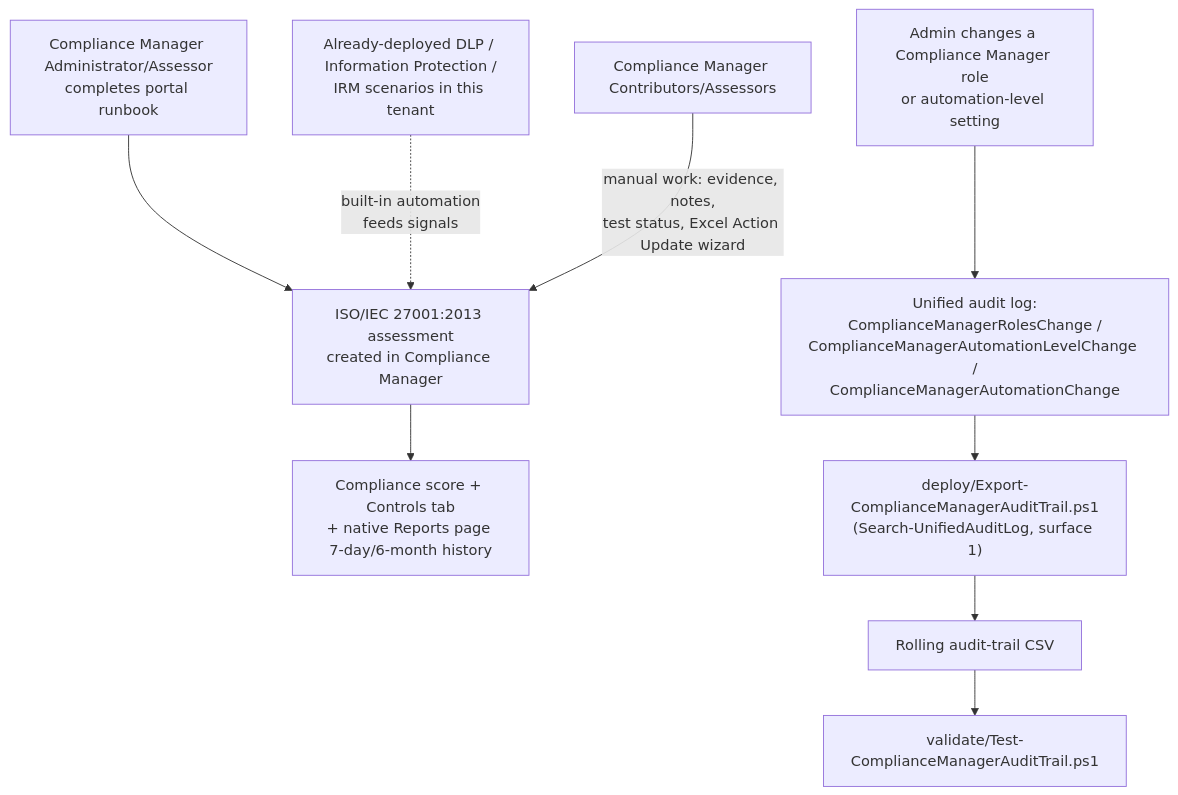
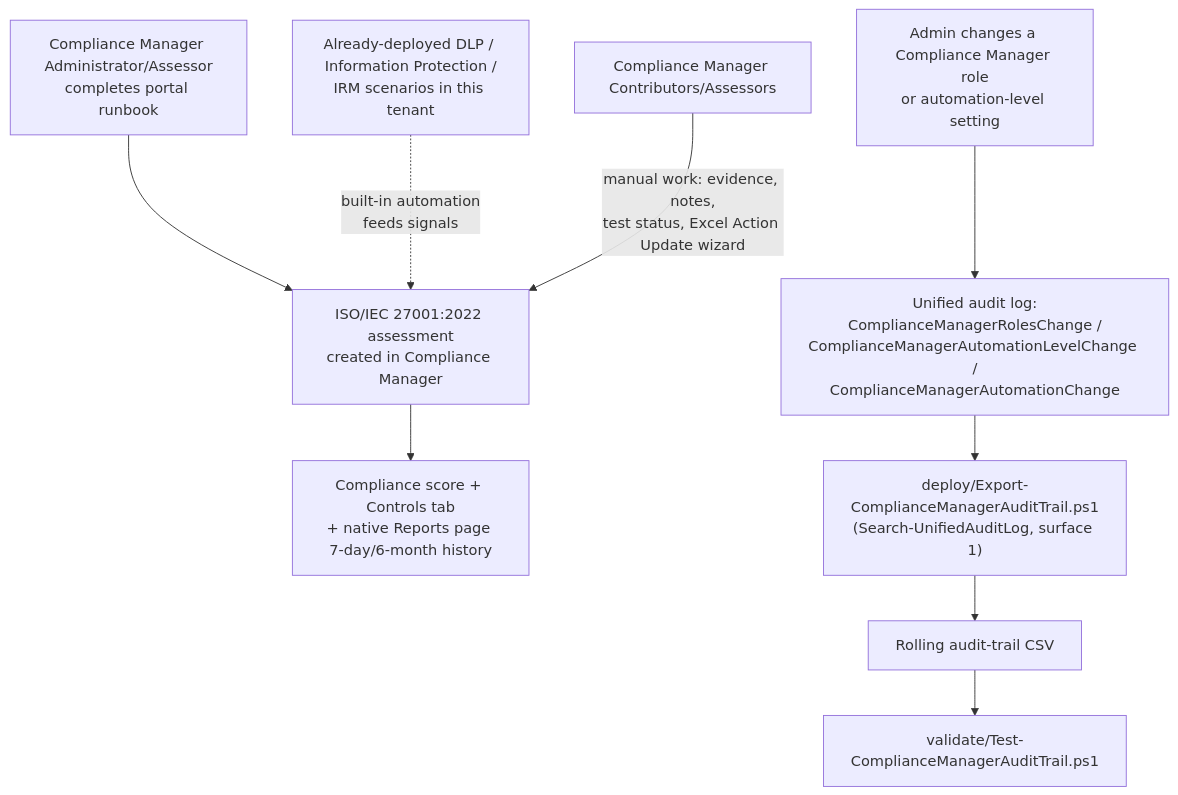
Before and after one commit to kpsec1/purview-scenario-library: the diagram in scenarios/compliance-manager/assess-against-iso27001/design.md, drawn with Mermaid. The commit also changed other lines of this file and 12 other files, not shown here.

First line of the commit message:
docs(compliance-manager): switch assess-against-iso27001 to ISO/IEC 27001:2022

````diff
--- a/scenarios/compliance-manager/assess-against-iso27001/design.md
+++ b/scenarios/compliance-manager/assess-against-iso27001/design.md
@@ -183,11 +229,11 @@
 ```mermaid
 flowchart TD
-    A[Compliance Manager Administrator/Assessor<br/>completes portal runbook] --> B[ISO/IEC 27001:2013 assessment<br/>created in Compliance Manager]
+    A[Compliance Manager Administrator/Assessor<br/>completes portal runbook] --> B[ISO/IEC 27001:2022 assessment<br/>created in Compliance Manager]
     C[Already-deployed DLP / Information Protection /<br/>IRM scenarios in this tenant] -.built-in automation<br/>feeds signals.-> B
     D[Compliance Manager Contributors/Assessors] -->|manual work: evidence, notes,<br/>test status, Excel Action Update wizard| B
     B --> E[Compliance score + Controls tab<br/>+ native Reports page 7-day/6-month history]
     F[Admin changes a Compliance Manager role<br/>or automation-level setting] --> G[Unified audit log:<br/>ComplianceManagerRolesChange /<br/>ComplianceManagerAutomationLevelChange /<br/>ComplianceManagerAutomationChange]
     G --> H["deploy/Export-ComplianceManagerAuditTrail.ps1<br/>(Search-UnifiedAuditLog, surface 1)"]
     H --> I[Rolling audit-trail CSV]
     I --> J["validate/Test-ComplianceManagerAuditTrail.ps1"]
 ```
````
